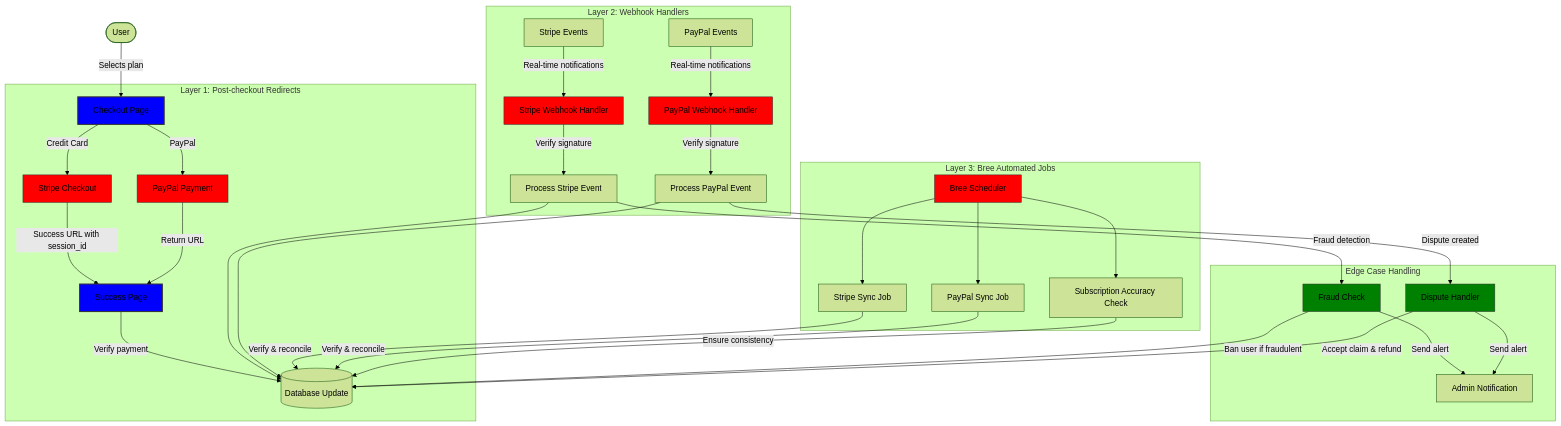
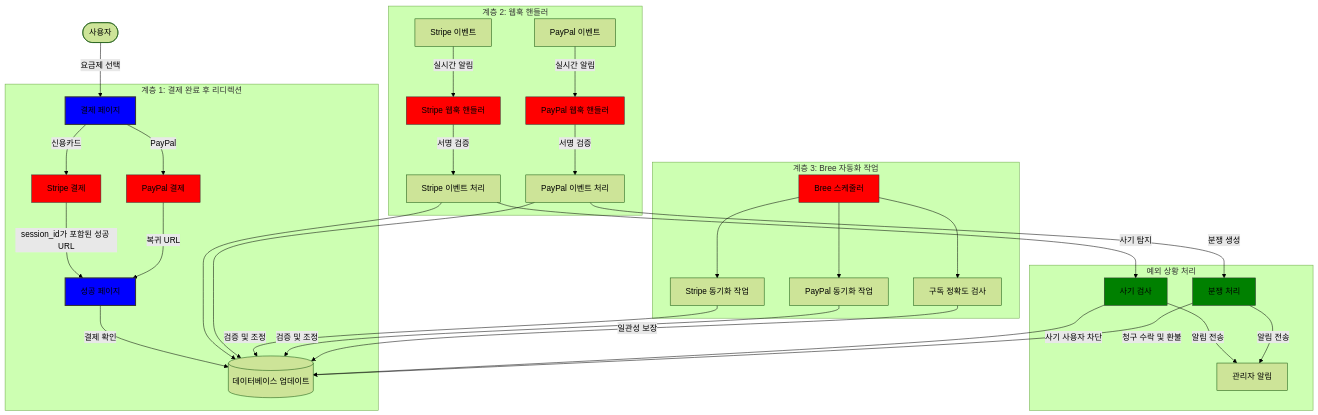
Before and after one commit to forwardemail/forwardemail.net: the first of 7 diagrams in app/views/docs/building-reliable-payment-system-stripe-paypal/index-ko.md, drawn with Mermaid (forest theme). The commit also changed other lines of this file and 1055 other files, not shown here.

````diff
--- a/app/views/docs/building-reliable-payment-system-stripe-paypal/index-ko.md
+++ b/app/views/docs/building-reliable-payment-system-stripe-paypal/index-ko.md
@@ -53,59 +57,59 @@
 ```mermaid
 flowchart TD
-    User([User]) --> |Selects plan| Checkout[Checkout Page]
+    User([사용자]) --> |요금제 선택| Checkout[결제 페이지]
 
-    %% Layer 1: Post-checkout redirects
-    subgraph "Layer 1: Post-checkout Redirects"
-        Checkout --> |Credit Card| Stripe[Stripe Checkout]
-        Checkout --> |PayPal| PayPal[PayPal Payment]
+    %% 계층 1: 결제 완료 후 리디렉션
+    subgraph "계층 1: 결제 완료 후 리디렉션"
+        Checkout --> |신용카드| Stripe[Stripe 결제]
+        Checkout --> |PayPal| PayPal[PayPal 결제]
 
-        Stripe --> |Success URL with session_id| SuccessPage[Success Page]
-        PayPal --> |Return URL| SuccessPage
+        Stripe --> |session_id가 포함된 성공 URL| SuccessPage[성공 페이지]
+        PayPal --> |복귀 URL| SuccessPage
 
-        SuccessPage --> |Verify payment| Database[(Database Update)]
+        SuccessPage --> |결제 확인| Database[(데이터베이스 업데이트)]
     end
 
-    %% Layer 2: Webhooks
-    subgraph "Layer 2: Webhook Handlers"
-        StripeEvents[Stripe Events] --> |Real-time notifications| StripeWebhook[Stripe Webhook Handler]
-        PayPalEvents[PayPal Events] --> |Real-time notifications| PayPalWebhook[PayPal Webhook Handler]
+    %% 계층 2: 웹훅
+    subgraph "계층 2: 웹훅 핸들러"
+        StripeEvents[Stripe 이벤트] --> |실시간 알림| StripeWebhook[Stripe 웹훅 핸들러]
+        PayPalEvents[PayPal 이벤트] --> |실시간 알림| PayPalWebhook[PayPal 웹훅 핸들러]
 
-        StripeWebhook --> |Verify signature| ProcessStripeEvent[Process Stripe Event]
-        PayPalWebhook --> |Verify signature| ProcessPayPalEvent[Process PayPal Event]
+        StripeWebhook --> |서명 검증| ProcessStripeEvent[Stripe 이벤트 처리]
+        PayPalWebhook --> |서명 검증| ProcessPayPalEvent[PayPal 이벤트 처리]
 
         ProcessStripeEvent --> Database
         ProcessPayPalEvent --> Database
     end
 
-    %% Layer 3: Automated jobs
-    subgraph "Layer 3: Bree Automated Jobs"
-        BreeScheduler[Bree Scheduler] --> StripeSync[Stripe Sync Job]
-        BreeScheduler --> PayPalSync[PayPal Sync Job]
-        BreeScheduler --> AccuracyCheck[Subscription Accuracy Check]
+    %% 계층 3: 자동화 작업
+    subgraph "계층 3: Bree 자동화 작업"
+        BreeScheduler[Bree 스케줄러] --> StripeSync[Stripe 동기화 작업]
+        BreeScheduler --> PayPalSync[PayPal 동기화 작업]
+        BreeScheduler --> AccuracyCheck[구독 정확도 검사]
 
-        StripeSync --> |Verify & reconcile| Database
-        PayPalSync --> |Verify & reconcile| Database
-        AccuracyCheck --> |Ensure consistency| Database
+        StripeSync --> |검증 및 조정| Database
+        PayPalSync --> |검증 및 조정| Database
+        AccuracyCheck --> |일관성 보장| Database
     end
 
-    %% Edge cases
-    subgraph "Edge Case Handling"
-        ProcessStripeEvent --> |Fraud detection| FraudCheck[Fraud Check]
-        ProcessPayPalEvent --> |Dispute created| DisputeHandler[Dispute Handler]
+    %% 예외 상황
+    subgraph "예외 상황 처리"
+        ProcessStripeEvent --> |사기 탐지| FraudCheck[사기 검사]
+        ProcessPayPalEvent --> |분쟁 생성| DisputeHandler[분쟁 처리]
 
-        FraudCheck --> |Ban user if fraudulent| Database
-        DisputeHandler --> |Accept claim & refund| Database
+        FraudCheck --> |사기 사용자 차단| Database
+        DisputeHandler --> |청구 수락 및 환불| Database
 
-        FraudCheck --> |Send alert| AdminNotification[Admin Notification]
-        DisputeHandler --> |Send alert| AdminNotification
+        FraudCheck --> |알림 전송| AdminNotification[관리자 알림]
+        DisputeHandler --> |알림 전송| AdminNotification
     end
 
-    %% Style definitions
+    %% 스타일 정의
     classDef primary fill:blue,stroke:#333,stroke-width:2px;
     classDef secondary fill:red,stroke:#333,stroke-width:1px;
     classDef tertiary fill:green,stroke:#333,stroke-width:1px;
 
     class Checkout,SuccessPage primary;
     class Stripe,PayPal,StripeWebhook,PayPalWebhook,BreeScheduler secondary;
     class FraudCheck,DisputeHandler tertiary;
 ```
````
